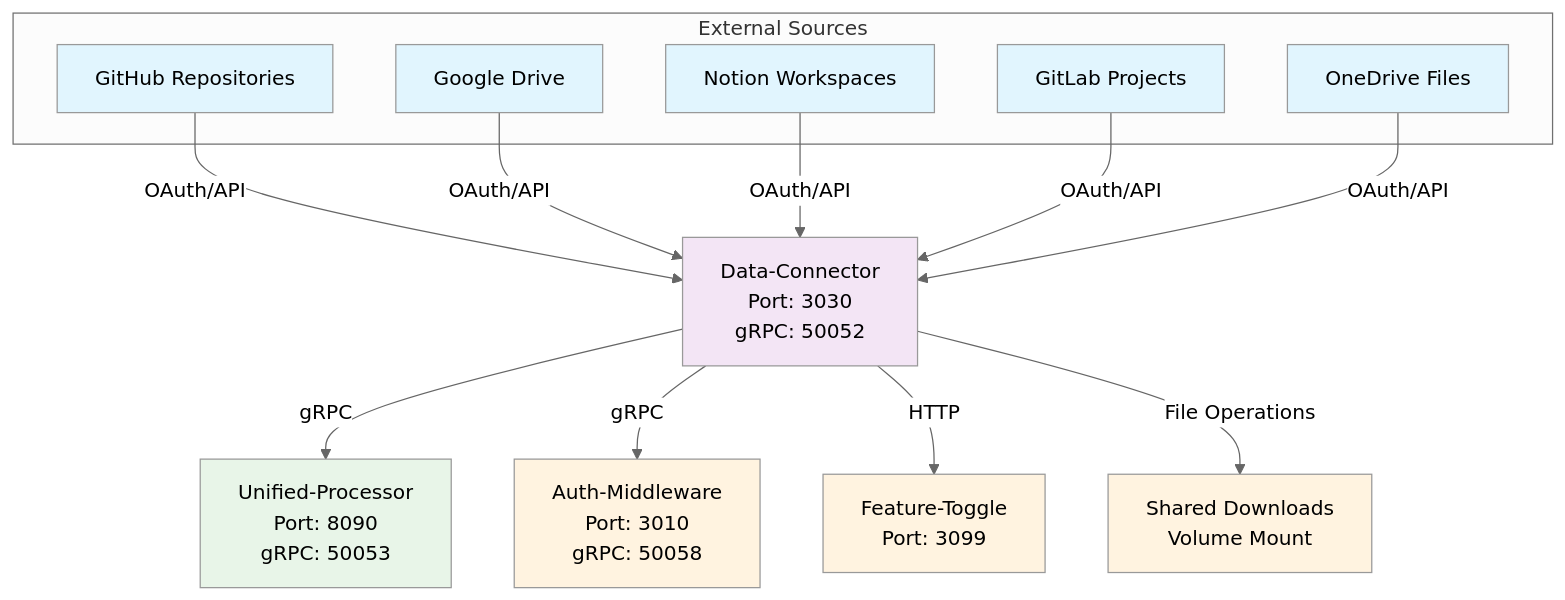
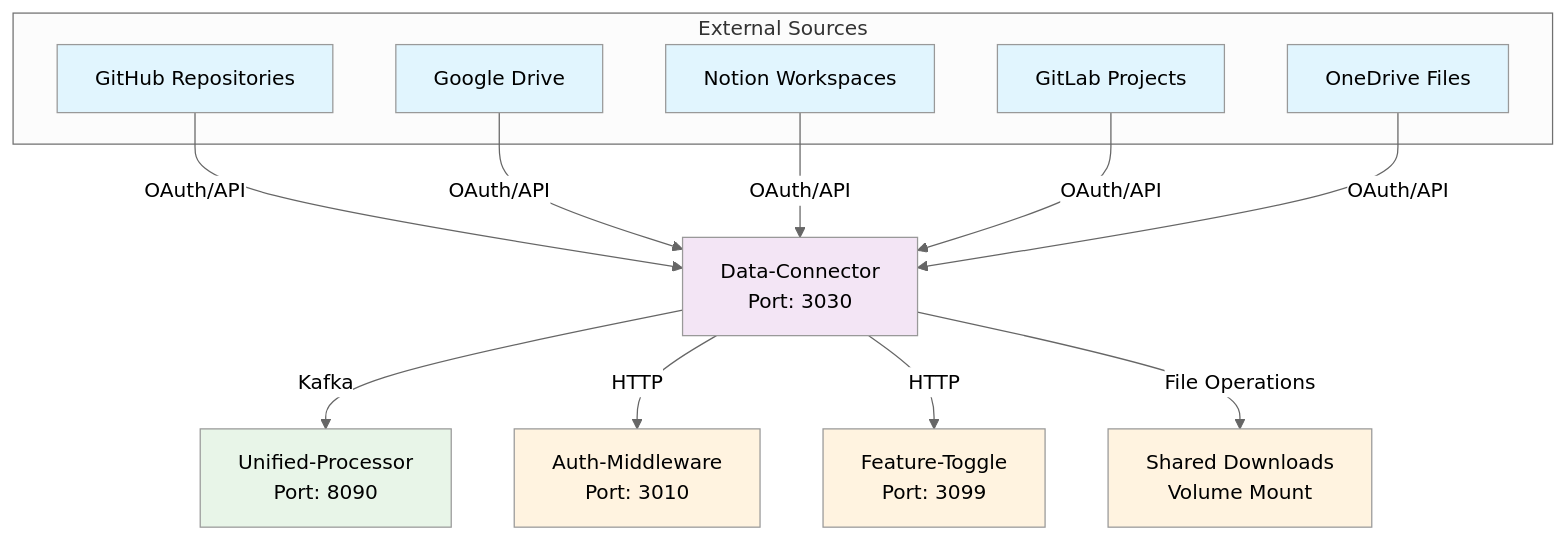
Before and after one commit to KogSector/repo-data-con: the first of 2 diagrams in docs/index.md, drawn with Mermaid (neutral theme). The commit also changed other lines of this file and 9 other files, not shown here.

````diff
--- a/docs/index.md
+++ b/docs/index.md
@@ -243,48 +236,48 @@
 ```mermaid
 graph TD
     %% External Data Sources
     subgraph "External Sources"
         GitHub[GitHub Repositories]
         GoogleDrive[Google Drive]
         Notion[Notion Workspaces]
         GitLab[GitLab Projects]
         OneDrive[OneDrive Files]
     end
     
     %% Data Connector Layer
-    DC[Data-Connector<br/>Port: 3030<br/>gRPC: 50052]
+    DC[Data-Connector<br/>Port: 3030]
     
     %% Processing Layer
-    UP[Unified-Processor<br/>Port: 8090<br/>gRPC: 50053]
+    UP[Unified-Processor<br/>Port: 8090]
     
     %% Authentication
-    AM[Auth-Middleware<br/>Port: 3010<br/>gRPC: 50058]
+    AM[Auth-Middleware<br/>Port: 3010]
     
     %% Feature Toggle
     FT[Feature-Toggle<br/>Port: 3099]
     
     %% Storage
     Downloads[Shared Downloads<br/>Volume Mount]
     
     %% Connections
     GitHub -->|OAuth/API| DC
     GoogleDrive -->|OAuth/API| DC
     Notion -->|OAuth/API| DC
     GitLab -->|OAuth/API| DC
     OneDrive -->|OAuth/API| DC
     
-    DC -->|gRPC| UP
-    DC -->|gRPC| AM
+    DC -->|Kafka| UP
+    DC -->|HTTP| AM
     DC -->|HTTP| FT
     DC -->|File Operations| Downloads
     
     classDef external fill:#e1f5fe
     classDef connector fill:#f3e5f5
     classDef core fill:#e8f5e8
     classDef support fill:#fff3e0
     
     class GitHub,GoogleDrive,Notion,GitLab,OneDrive external
     class DC connector
     class UP core
     class AM,FT,Downloads support
 ```
````
